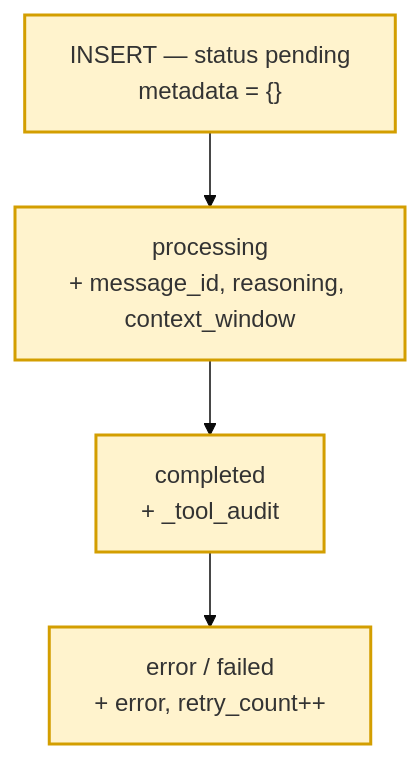
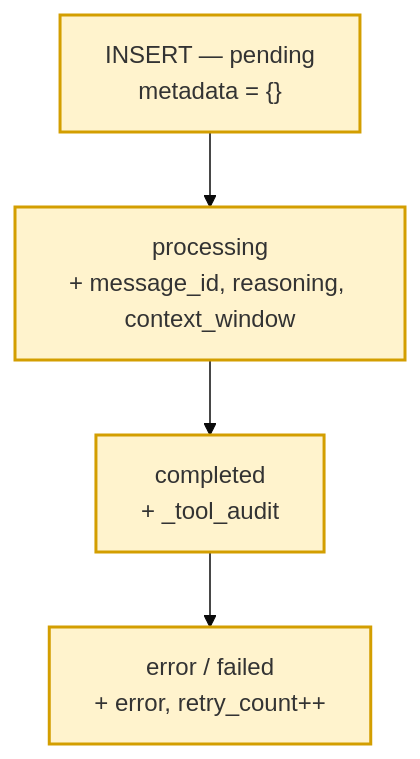
Before and after one commit to AlexEgorov85/workspaces_nanobot: the fourth of 4 diagrams in docs/ARCHITECTURE.md, drawn with Mermaid (base theme). The commit also changed other lines of this file and 2 other files, not shown here.

First line of the commit message:
docs(diagrams): перейти на понятийные подписи вместо имён классов

````diff
--- a/docs/ARCHITECTURE.md
+++ b/docs/ARCHITECTURE.md
@@ -616,8 +596,8 @@
 ```mermaid
 flowchart TD
-    A["INSERT — status pending<br/>metadata = {}"] --> B["processing<br/>+ message_id, reasoning, context_window"]
+    A["INSERT — pending<br/>metadata = {}"] --> B["processing<br/>+ message_id, reasoning, context_window"]
     B --> C["completed<br/>+ _tool_audit"]
     C --> D["error / failed<br/>+ error, retry_count++"]
     classDef core fill:#fff3cd,stroke:#d39e00,stroke-width:2px
     class A,B,C,D core
 ```
````
